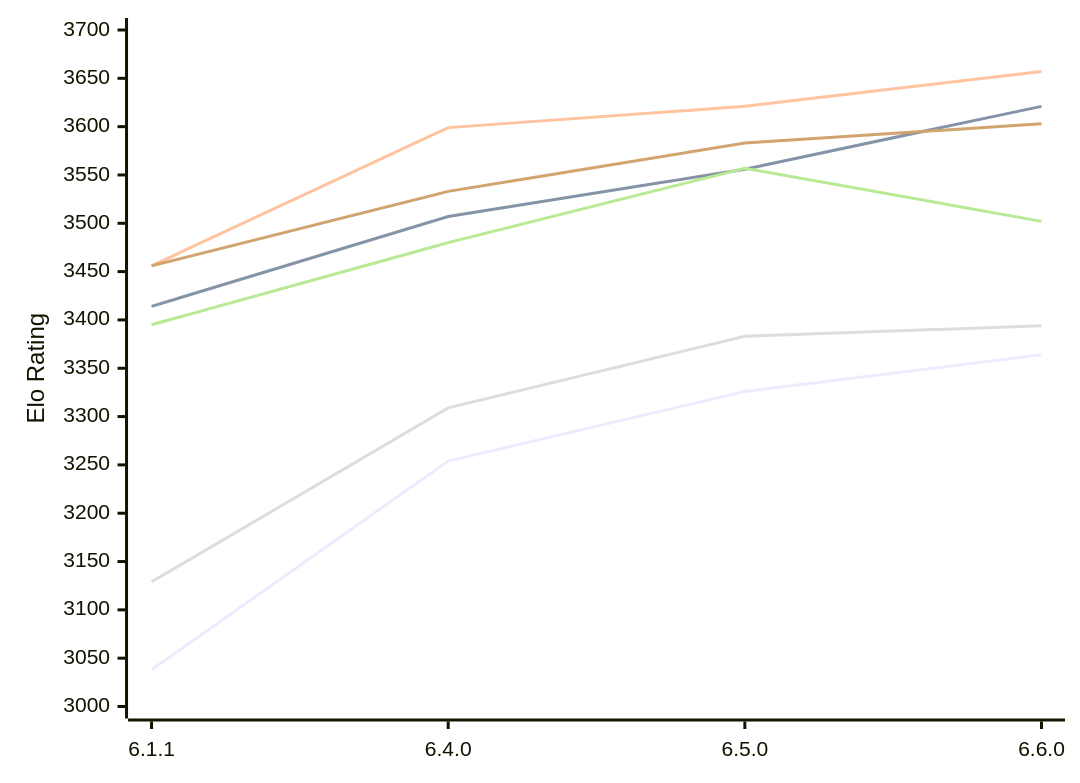
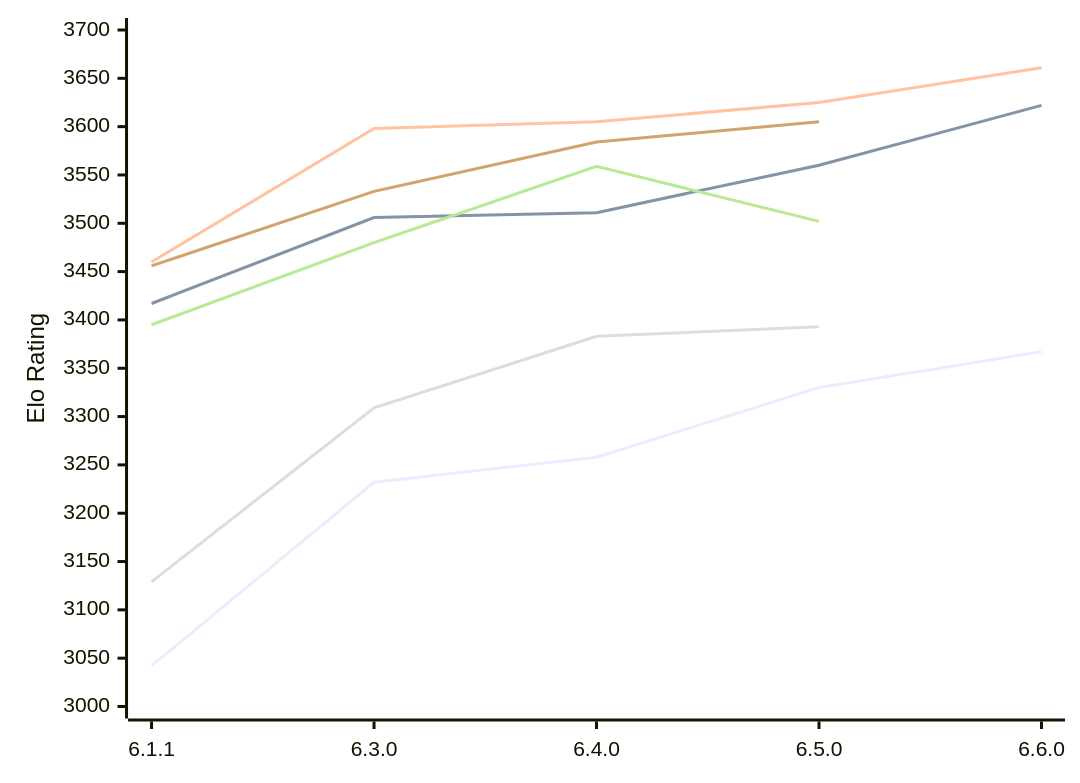
One commit to computer-chess-index/cci changed the first of 2 diagrams in engines/Zigqueen.md. Above: the diagram before and after it, drawn with Mermaid. The commit also changed other lines of this file, not shown here.

Commit message:
Update CCI Ratings (ELO VLTC) - 2026-11-22

````diff
--- a/engines/Zigqueen.md
+++ b/engines/Zigqueen.md
@@ -57,12 +58,12 @@
 ```mermaid
 %%{init: {"theme":"base","themeVariables":{"seriesColors:['#a3a3a3','#222221','#faa371']}}}%%
 xychart-beta
-  x-axis ["6.1.1", "6.4.0", "6.5.0", "6.6.0"]
+  x-axis ["6.1.1", "6.3.0", "6.4.0", "6.5.0", "6.6.0"]
   y-axis "Elo Rating" 3000 --> 3700
-  line "E1: STC (8.0+0.08s)" [3038, 3254, 3326, 3364]
-  line "E1: LTC (60.0+0.60s)" [3414, 3507, 3556, 3621]
-  line "E1: VLTC (2m24s+1.12s)" [3456, 3599, 3621, 3657]
-  line "P1: STC (8.0+0.08s)" [3129, 3309, 3383, 3394]
-  line "P1: LTC (60.0+0.60s)" [3395, 3480, 3557, 3502]
-  line "P1: VLTC (2m24s+1.12s)" [3456, 3533, 3583, 3603]
+  line "E1: STC (8.0+0.08s)" [3042, 3232, 3258, 3330, 3367]
+  line "E1: LTC (60.0+0.60s)" [3417, 3506, 3511, 3560, 3622]
+  line "E1: VLTC (2m24s+1.12s)" [3460, 3598, 3605, 3625, 3661]
+  line "P1: STC (8.0+0.08s)" [3129, 3309, 3383, 3393]
+  line "P1: LTC (60.0+0.60s)" [3395, 3480, 3559, 3502]
+  line "P1: VLTC (2m24s+1.12s)" [3456, 3533, 3584, 3605]
 ```
````
